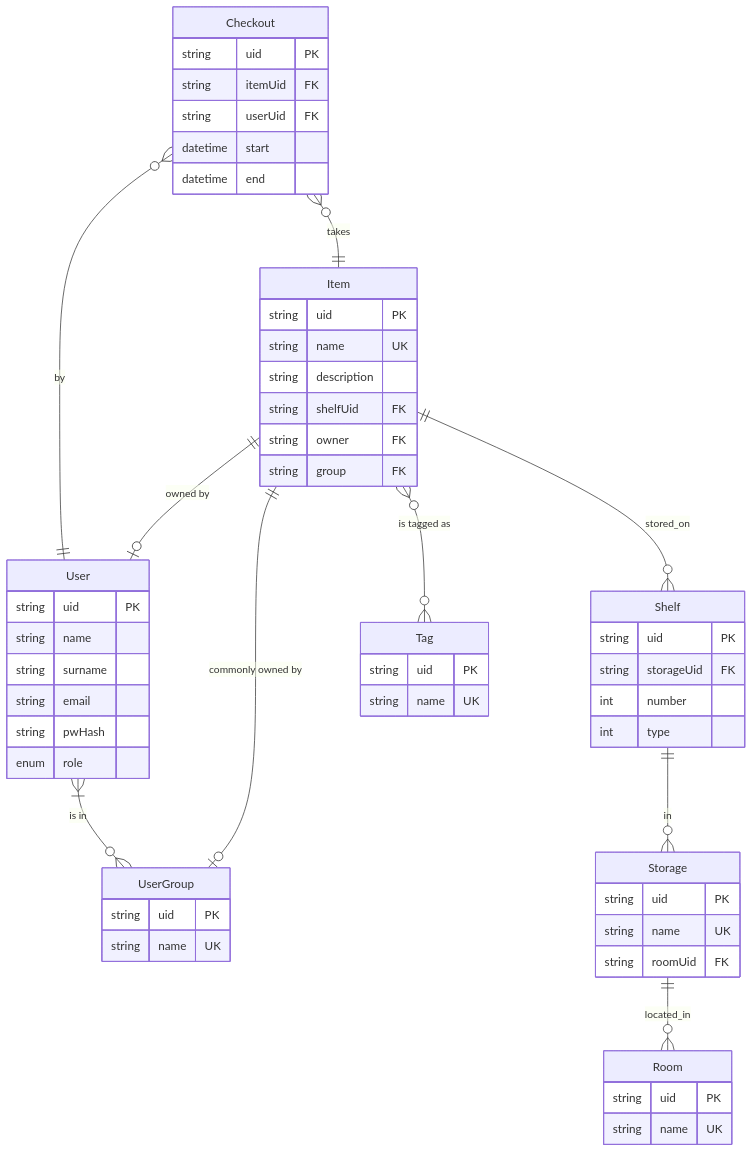
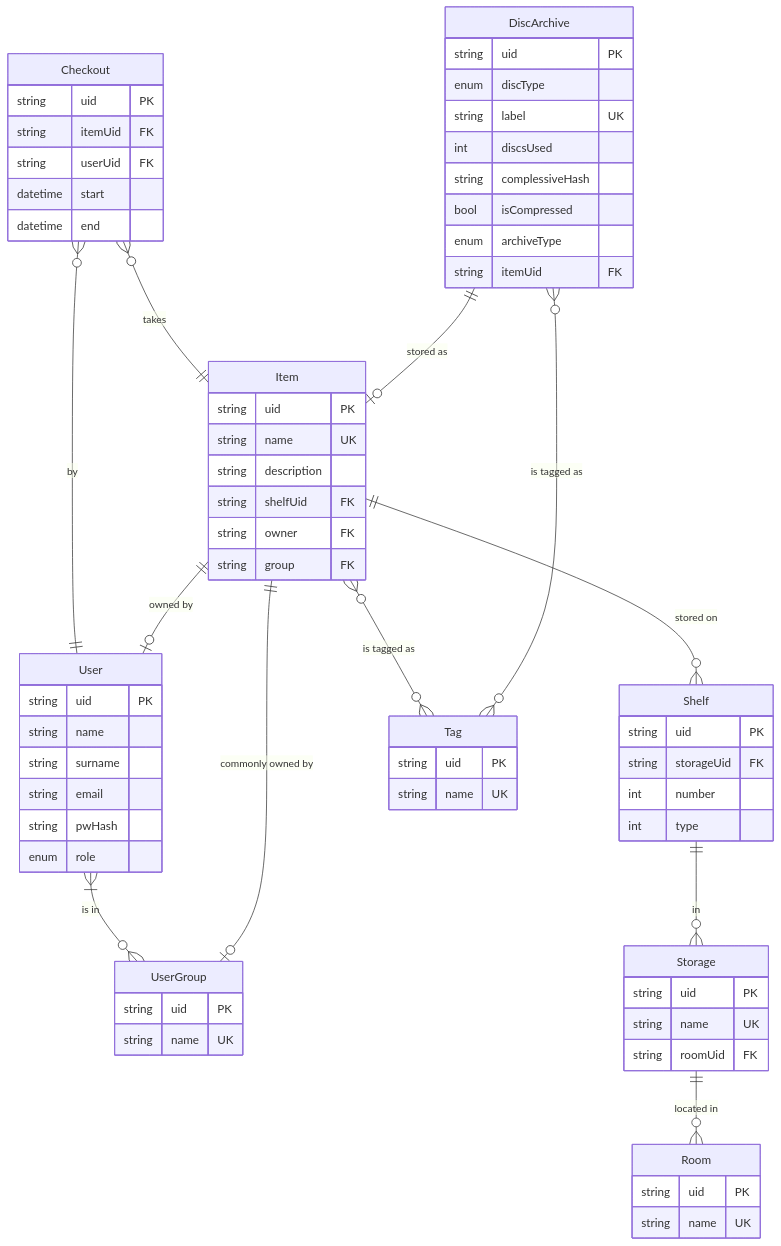
The diagram in README.md (C4lopsitta/StuffTracker), drawn with Mermaid before and after one commit. The commit also changed 29 other files, not shown here.

````diff
--- a/README.md
+++ b/README.md
@@ -7,67 +7,80 @@
 ```mermaid
 erDiagram
 
     User {
         string uid PK
         string name
         string surname
         string email
         string pwHash
         enum role
     }
         
     UserGroup {
         string uid PK
         string name UK
     }
 
     Item {
         string uid PK
         string name UK
         string description
         string shelfUid FK
         string owner FK
         string group FK
     }
 
     Room {
         string uid PK
         string name UK
     }
 
     Storage {
         string uid PK
         string name UK
         string roomUid FK
     }
 
     Shelf {
         string uid PK
         string storageUid FK
         int number
         int type
     }
 
     Checkout {
         string uid PK
         string itemUid FK
         string userUid FK
         datetime start
         datetime end
     }
     
     Tag {
         string uid PK
         string name UK
     }
+    
+    DiscArchive {
+        string uid PK
+        enum discType
+        string label UK
+        int discsUsed
+        string complessiveHash
+        bool isCompressed
+        enum archiveType
+        string itemUid FK
+    }
 
-    Item ||--o{ Shelf : "stored_on"
+    Item ||--o{ Shelf : "stored on"
     Shelf ||--o{ Storage : "in"
-    Storage ||--o{ Room : "located_in"
+    Storage ||--o{ Room : "located in"
     Checkout }o--|| Item : "takes"
     Checkout }o--|| User : "by"
     Item }o--o{ Tag : "is tagged as"
     User }|--o{ UserGroup : "is in"
     Item ||--o| User  : "owned by"
     Item ||--o| UserGroup  : "commonly owned by"
+    DiscArchive }o--o{ Tag : "is tagged as"
+    DiscArchive ||--o| Item : "stored as"
 ```
````
